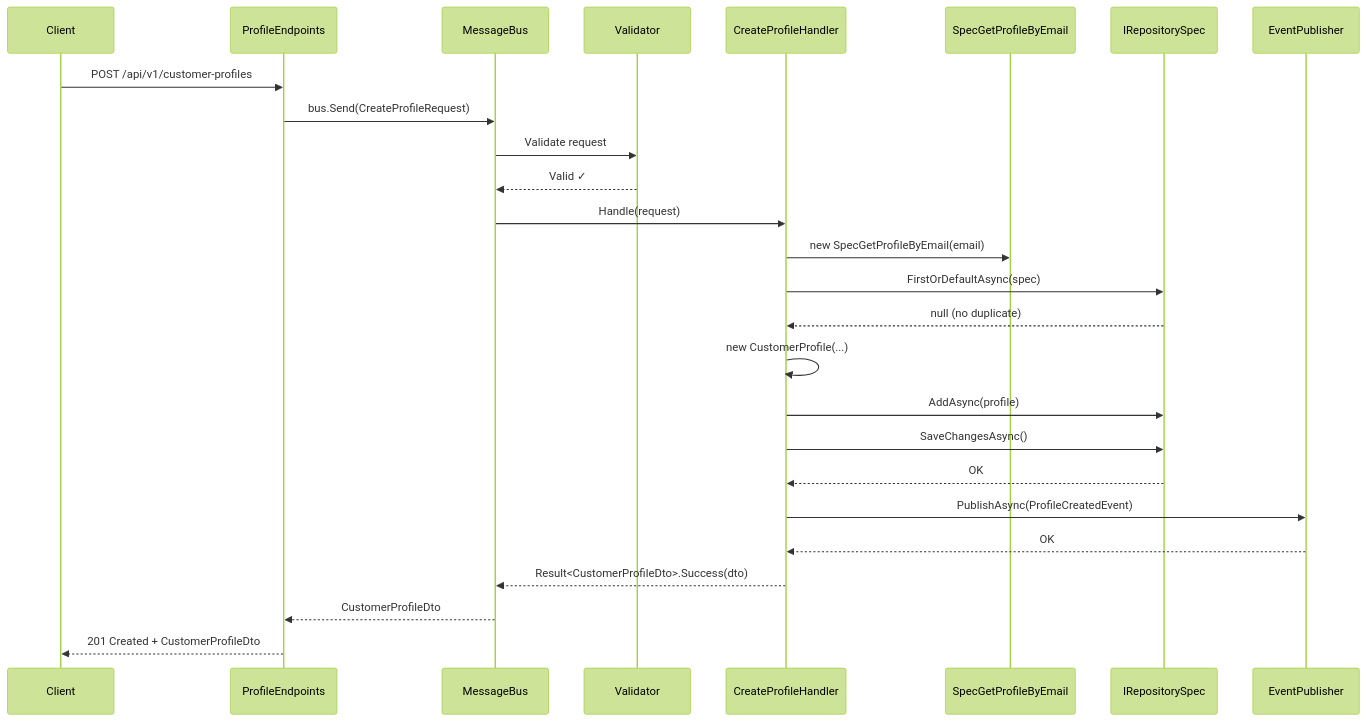
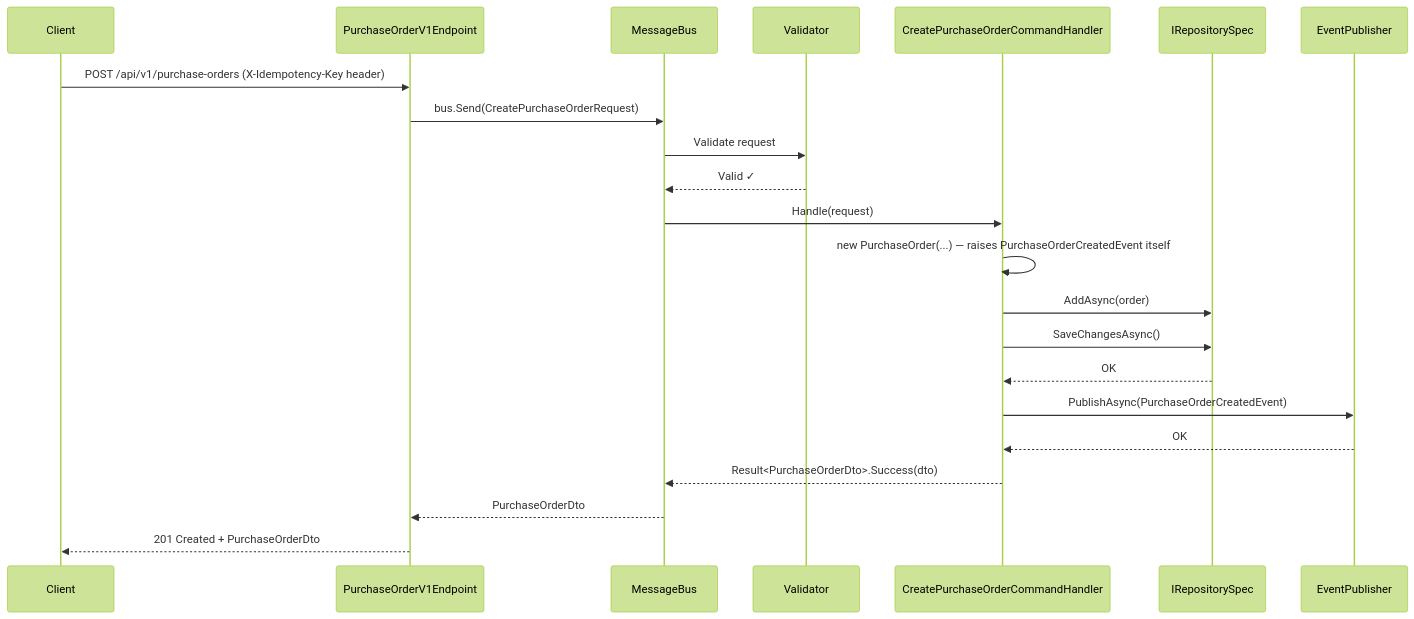
One commit to baoduy/DKNet.Templates changed the first of 4 diagrams in .github/skills/dknet-feature-documentation/SKILL.md. Above: the diagram before and after it, drawn with Mermaid (forest theme). The commit also changed other lines of this file and 66 other files, not shown here.

First line of the commit message:
docs(D711-3): rewrite docs and AI guidance through PurchaseOrder/Product samples

````diff
--- a/.github/skills/dknet-feature-documentation/SKILL.md
+++ b/.github/skills/dknet-feature-documentation/SKILL.md
@@ -210,33 +209,28 @@
 ```mermaid
 sequenceDiagram
     participant C as Client
-    participant EP as ProfileEndpoints
+    participant EP as PurchaseOrderV1Endpoint
     participant BUS as MessageBus
     participant VAL as Validator
-    participant HDL as CreateProfileHandler
-    participant SPEC as SpecGetProfileByEmail
+    participant HDL as CreatePurchaseOrderCommandHandler
     participant REPO as IRepositorySpec
     participant EVT as EventPublisher
 
-    C->>EP: POST /api/v1/customer-profiles
-    EP->>BUS: bus.Send(CreateProfileRequest)
+    C->>EP: POST /api/v1/purchase-orders (X-Idempotency-Key header)
+    EP->>BUS: bus.Send(CreatePurchaseOrderRequest)
     BUS->>VAL: Validate request
     VAL-->>BUS: Valid ✓
 
     BUS->>HDL: Handle(request)
-    HDL->>SPEC: new SpecGetProfileByEmail(email)
-    HDL->>REPO: FirstOrDefaultAsync(spec)
-    REPO-->>HDL: null (no duplicate)
-
-    HDL->>HDL: new CustomerProfile(...)
-    HDL->>REPO: AddAsync(profile)
+    HDL->>HDL: new PurchaseOrder(...) — raises PurchaseOrderCreatedEvent itself
+    HDL->>REPO: AddAsync(order)
     HDL->>REPO: SaveChangesAsync()
     REPO-->>HDL: OK
 
-    HDL->>EVT: PublishAsync(ProfileCreatedEvent)
+    HDL->>EVT: PublishAsync(PurchaseOrderCreatedEvent)
     EVT-->>HDL: OK
 
-    HDL-->>BUS: Result<CustomerProfileDto>.Success(dto)
-    BUS-->>EP: CustomerProfileDto
-    EP-->>C: 201 Created + CustomerProfileDto
+    HDL-->>BUS: Result<PurchaseOrderDto>.Success(dto)
+    BUS-->>EP: PurchaseOrderDto
+    EP-->>C: 201 Created + PurchaseOrderDto
 ```
````
